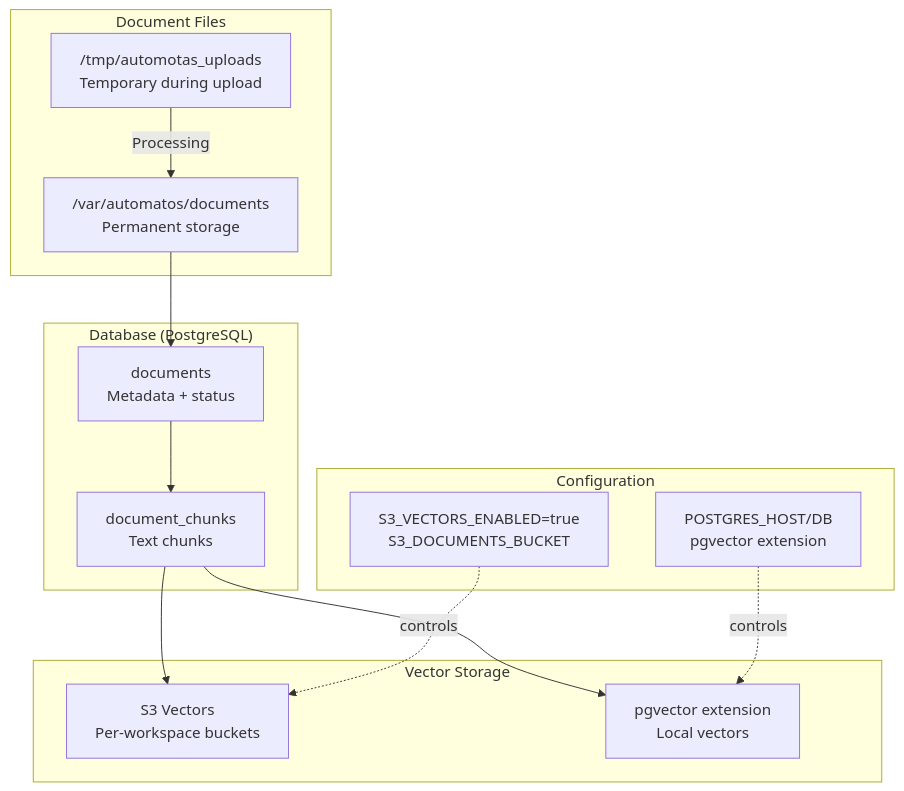
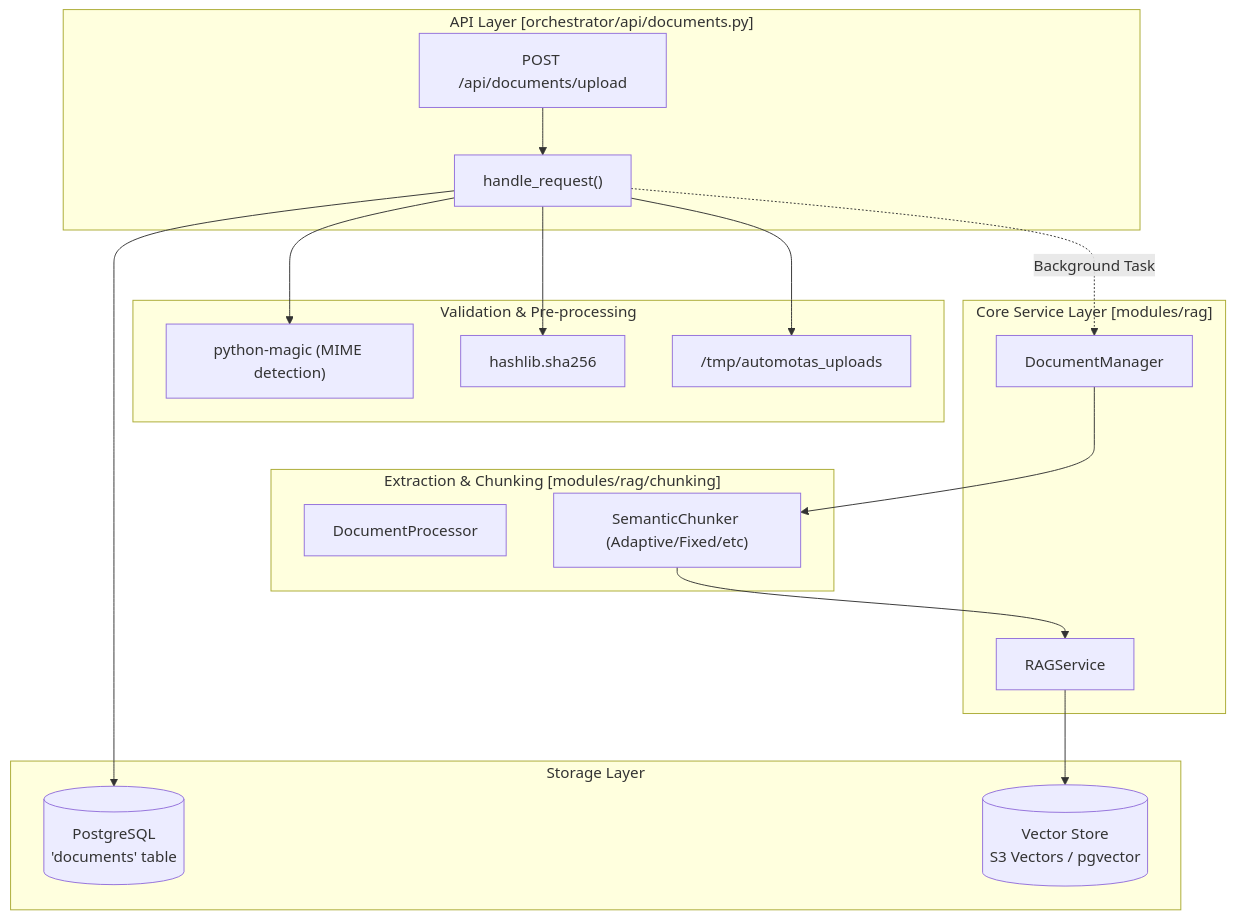
The first of 2 diagrams in docs/knowledge-base-rag/documents-api-reference.md (AutomatosAI/automatos-ai), drawn with Mermaid before and after one commit. The commit also changed other lines of this file and 149 other files, not shown here.

Commit message:
docs: refresh documentation with graphify semantic scan

````diff
--- a/docs/knowledge-base-rag/documents-api-reference.md
+++ b/docs/knowledge-base-rag/documents-api-reference.md
@@ -578,30 +39,38 @@
 ```mermaid
 graph TB
-    subgraph "Document Files"
-        Upload["/tmp/automotas_uploads<br/>Temporary during upload"]
-        Storage["/var/automatos/documents<br/>Permanent storage"]
+    subgraph "API Layer [orchestrator/api/documents.py]"
+        Req["POST /api/documents/upload"]
+        Hdl["handle_request()"]
     end
-    
-    subgraph "Database (PostgreSQL)"
-        DocTable["documents<br/>Metadata + status"]
-        ChunkTable["document_chunks<br/>Text chunks"]
+
+    subgraph "Validation & Pre-processing"
+        Magic["python-magic (MIME detection)"]
+        Hash["hashlib.sha256"]
+        Tmp["/tmp/automotas_uploads"]
     end
-    
-    subgraph "Vector Storage"
-        S3["S3 Vectors<br/>Per-workspace buckets"]
-        PG["pgvector extension<br/>Local vectors"]
+
+    subgraph "Core Service Layer [modules/rag]"
+        DM["DocumentManager"]
+        RAGS["RAGService"]
     end
-    
-    subgraph "Configuration"
-        S3Config["S3_VECTORS_ENABLED=true<br/>S3_DOCUMENTS_BUCKET"]
-        DBConfig["POSTGRES_HOST/DB<br/>pgvector extension"]
+
+    subgraph "Extraction & Chunking [modules/rag/chunking]"
+        Ext["DocumentProcessor"]
+        SC["SemanticChunker (Adaptive/Fixed/etc)"]
     end
-    
-    Upload -->|"Processing"| Storage
-    Storage --> DocTable
-    DocTable --> ChunkTable
-    ChunkTable --> S3
-    ChunkTable --> PG
-    S3Config -.controls.-> S3
-    DBConfig -.controls.-> PG
+
+    subgraph "Storage Layer"
+        DB[("PostgreSQL<br/>'documents' table")]
+        Vec[("Vector Store<br/>S3 Vectors / pgvector")]
+    end
+
+    Req --> Hdl
+    Hdl --> Magic
+    Hdl --> Hash
+    Hdl --> Tmp
+    Hdl --> DB
+    Hdl -.->|"Background Task"| DM
+    DM --> SC
+    SC --> RAGS
+    RAGS --> Vec
 ```
````
